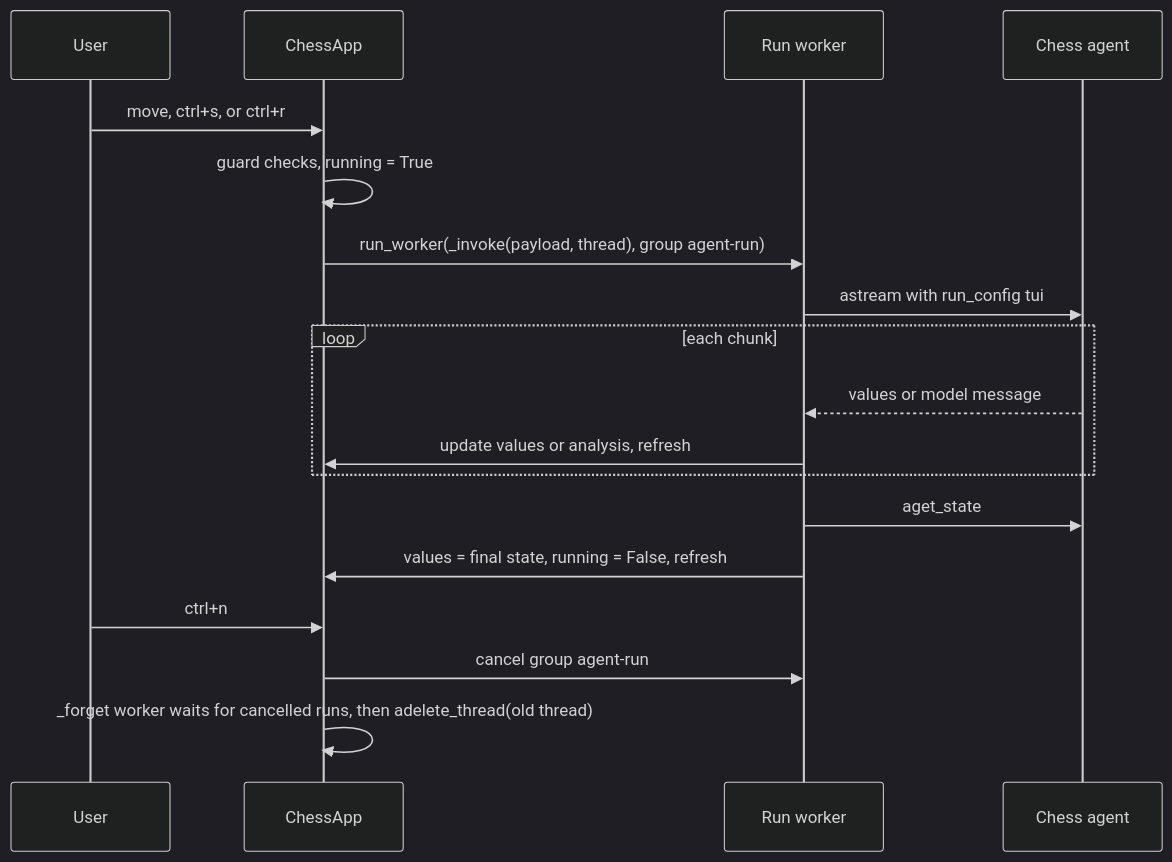
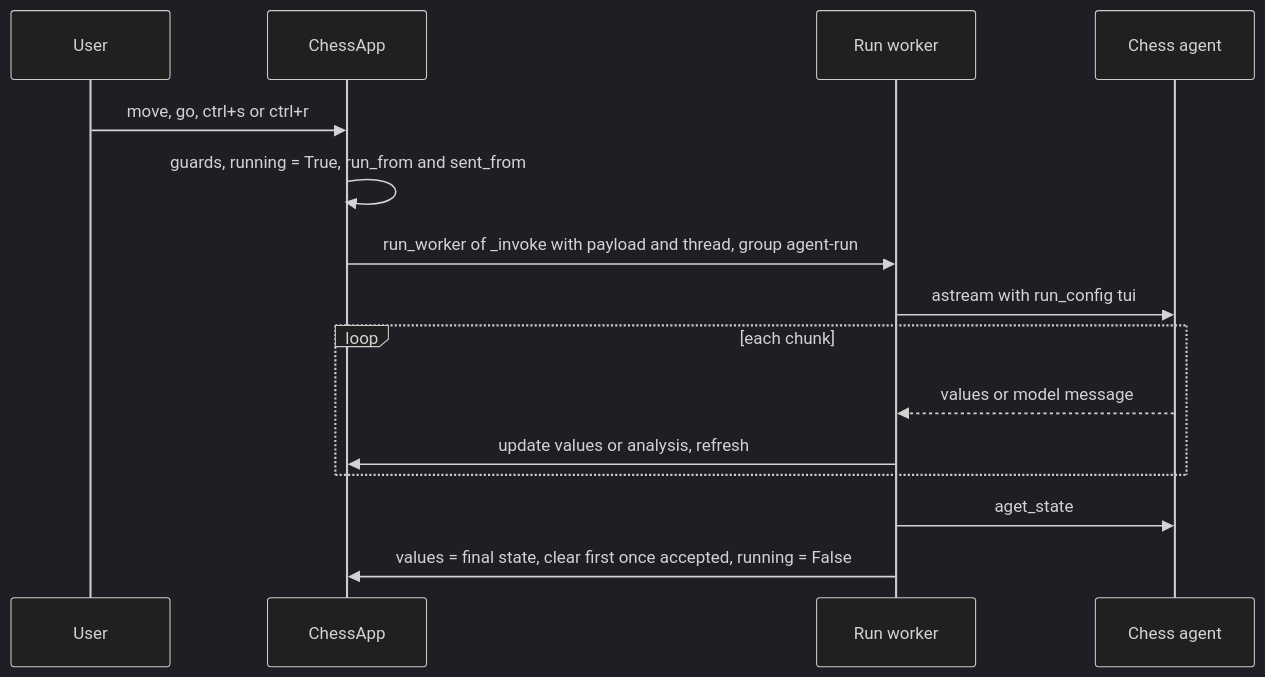
One commit to darieldatoon/langchain-chess changed the second of 2 diagrams in openwiki/integrations/terminal-ui.md. Above: the diagram before and after it, drawn with Mermaid (dark theme). The commit also changed other lines of this file and 48 other files, not shown here.

````diff
--- a/openwiki/integrations/terminal-ui.md
+++ b/openwiki/integrations/terminal-ui.md
@@ -198,20 +291,17 @@
 ```mermaid
 sequenceDiagram
     participant U as User
     participant App as ChessApp
     participant W as Run worker
     participant Agent as Chess agent
-    U->>App: move, ctrl+s, or ctrl+r
-    App->>App: guard checks, running = True
-    App->>W: run_worker(_invoke(payload, thread), group agent-run)
+    U->>App: move, go, ctrl+s or ctrl+r
+    App->>App: guards, running = True, run_from and sent_from
+    App->>W: run_worker of _invoke with payload and thread, group agent-run
     W->>Agent: astream with run_config tui
     loop each chunk
         Agent-->>W: values or model message
         W->>App: update values or analysis, refresh
     end
     W->>Agent: aget_state
-    W->>App: values = final state, running = False, refresh
-    U->>App: ctrl+n
-    App->>W: cancel group agent-run
-    App->>App: _forget worker waits for cancelled runs, then adelete_thread(old thread)
+    W->>App: values = final state, clear first once accepted, running = False
 ```
````
